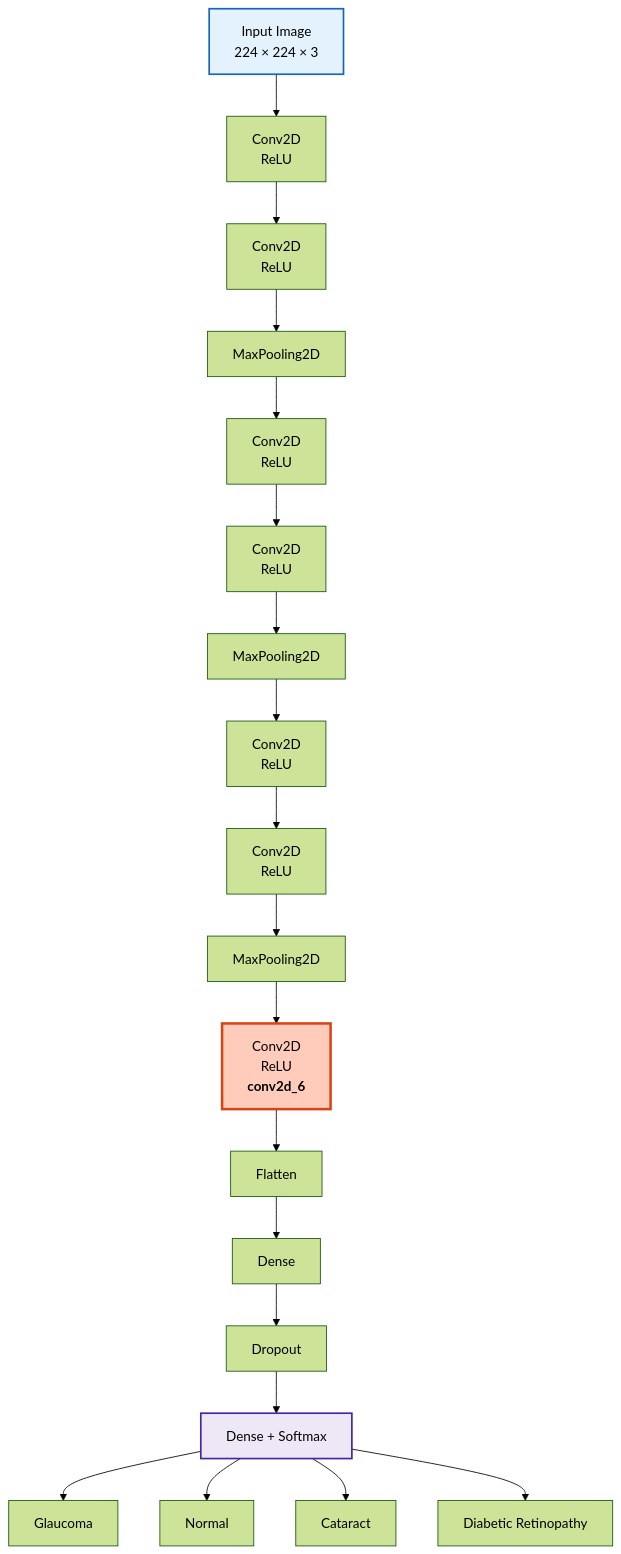
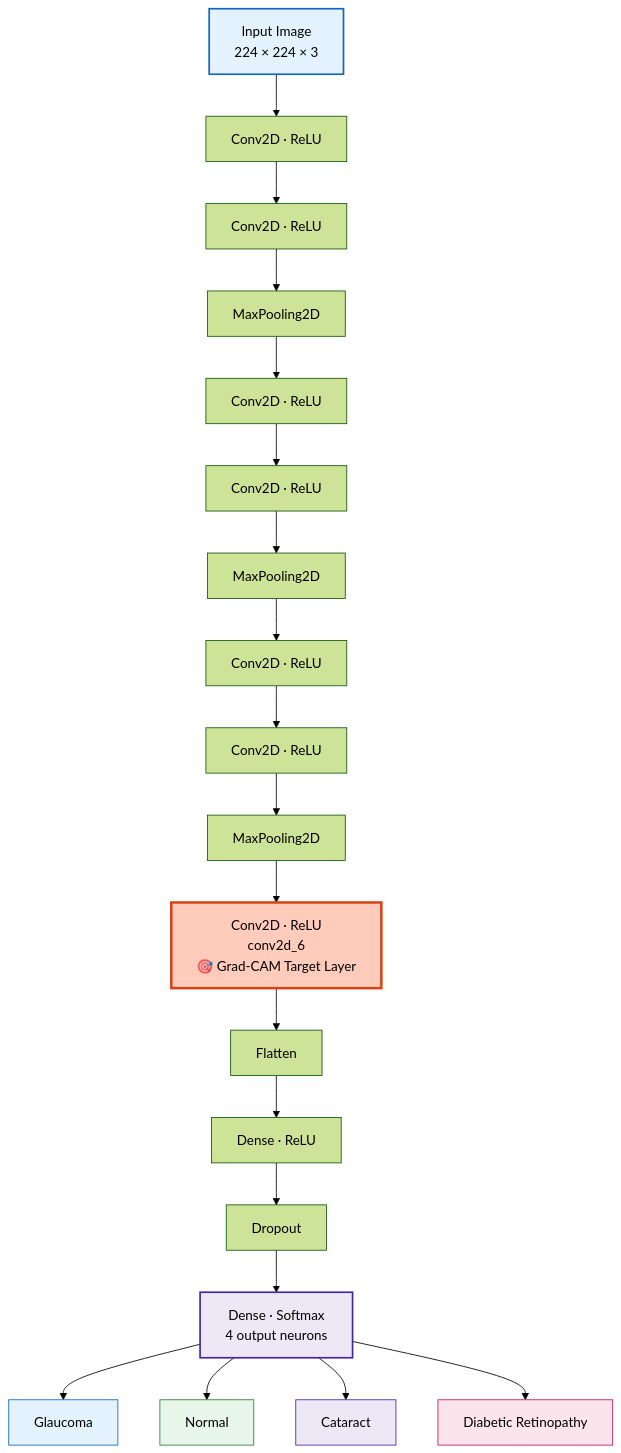
Before and after one commit to the-amazing-atharva/Ocular-Diseases-Detection-using-CNN-Deep-Learning: the fifth of 9 diagrams in README.md, drawn with Mermaid (forest theme). The commit also changed other lines of this file and 3 other files, not shown here.

````diff
--- a/README.md
+++ b/README.md
@@ -246,32 +344,30 @@
 ```mermaid
 flowchart TD
-    A["Input Image<br/>224 × 224 × 3"]
-
-    A --> B["Conv2D<br/>ReLU"]
-    B --> C["Conv2D<br/>ReLU"]
-    C --> D["MaxPooling2D"]
-
-    D --> E["Conv2D<br/>ReLU"]
-    E --> F["Conv2D<br/>ReLU"]
-    F --> G["MaxPooling2D"]
-
-    G --> H["Conv2D<br/>ReLU"]
-    H --> I["Conv2D<br/>ReLU"]
-    I --> J["MaxPooling2D"]
-
-    J --> K["Conv2D<br/>ReLU<br/><b>conv2d_6</b>"]
-
-    K --> L["Flatten"]
-    L --> M["Dense"]
-    M --> N["Dropout"]
-    N --> O["Dense + Softmax"]
-
-    O --> P["Glaucoma"]
-    O --> Q["Normal"]
-    O --> R["Cataract"]
-    O --> S["Diabetic Retinopathy"]
+    A["Input Image\n224 × 224 × 3"]
+    A --> B1["Conv2D · ReLU"]
+    B1 --> B2["Conv2D · ReLU"]
+    B2 --> B3["MaxPooling2D"]
+    B3 --> C1["Conv2D · ReLU"]
+    C1 --> C2["Conv2D · ReLU"]
+    C2 --> C3["MaxPooling2D"]
+    C3 --> D1["Conv2D · ReLU"]
+    D1 --> D2["Conv2D · ReLU"]
+    D2 --> D3["MaxPooling2D"]
+    D3 --> E1["Conv2D · ReLU\nconv2d_6\n🎯 Grad-CAM Target Layer"]
+    E1 --> F["Flatten"]
+    F --> G["Dense · ReLU"]
+    G --> H["Dropout"]
+    H --> I["Dense · Softmax\n4 output neurons"]
+    I --> P["Glaucoma"]
+    I --> Q["Normal"]
+    I --> R["Cataract"]
+    I --> S["Diabetic Retinopathy"]
 
     style A fill:#e3f2fd,stroke:#1565c0,stroke-width:2px
-    style K fill:#ffccbc,stroke:#d84315,stroke-width:3px
-    style O fill:#ede7f6,stroke:#4527a0,stroke-width:2px
+    style E1 fill:#ffccbc,stroke:#d84315,stroke-width:3px
+    style I fill:#ede7f6,stroke:#4527a0,stroke-width:2px
+    style P fill:#e3f2fd,stroke:#1565c0
+    style Q fill:#e8f5e9,stroke:#2e7d32
+    style R fill:#ede7f6,stroke:#4527a0
+    style S fill:#fce4ec,stroke:#c2185b
 ```
````
